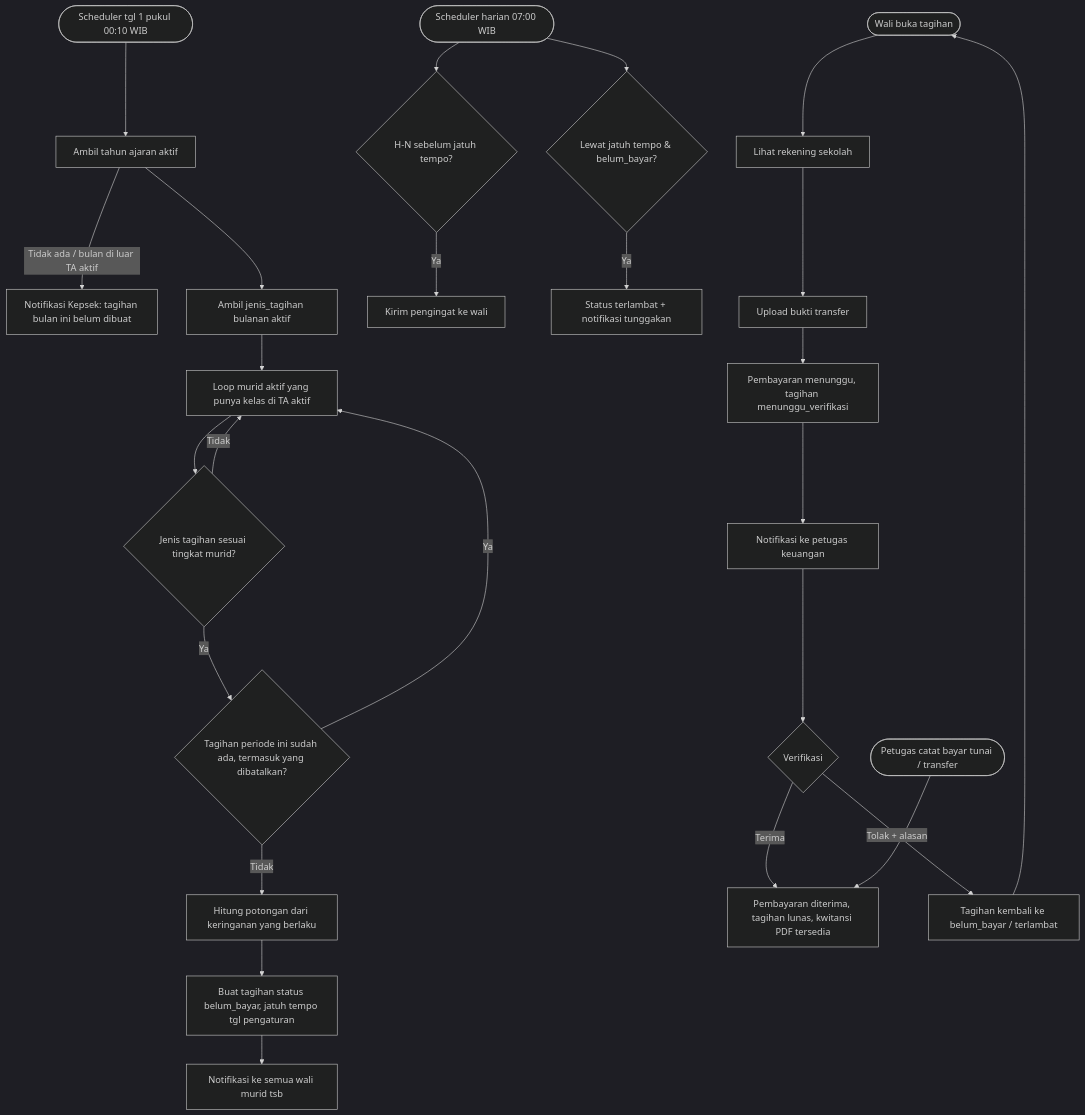
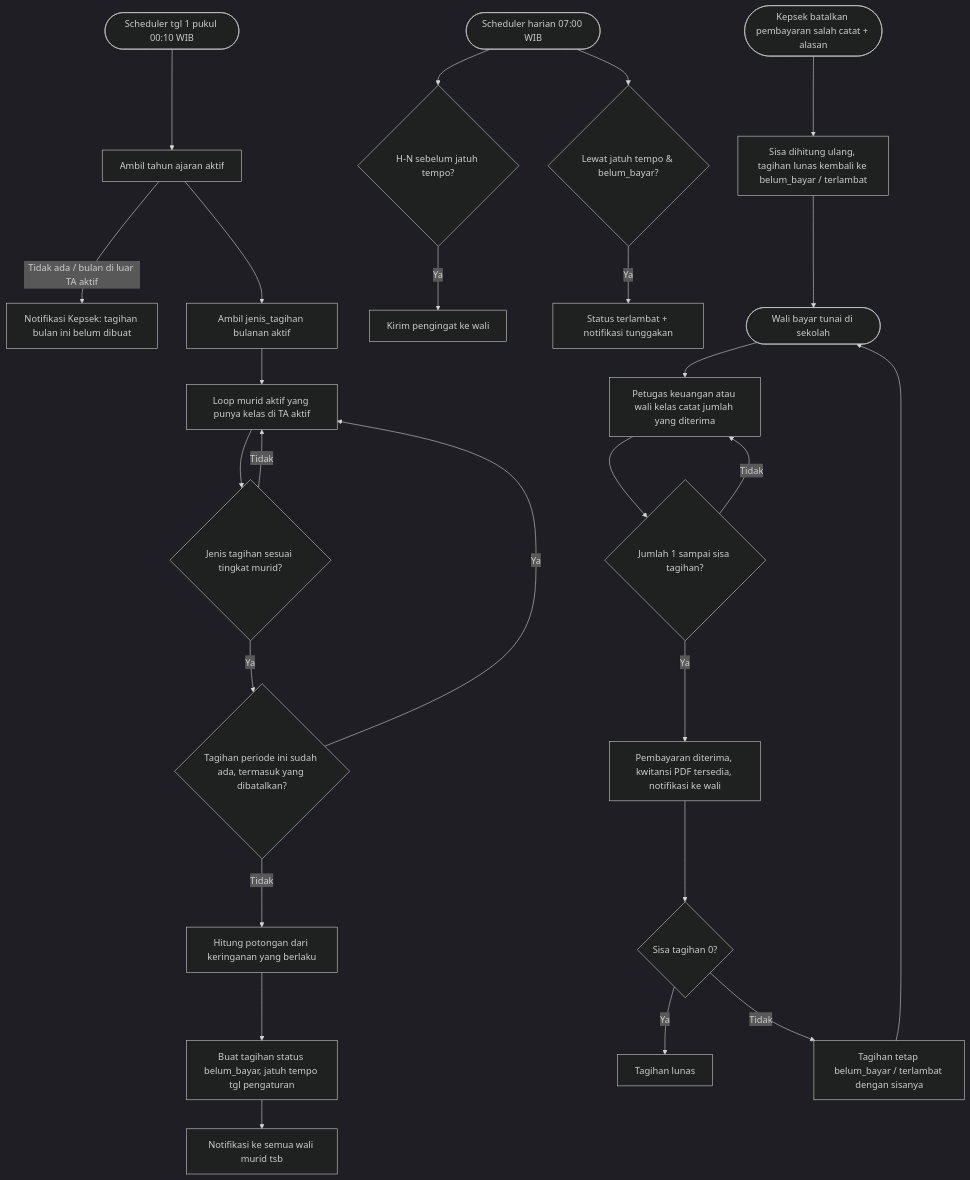
The third of 8 diagrams in PROMPT_BE_TK.md (Keyanffz/TK_TA8_BE), drawn with Mermaid (dark theme) before and after one commit. The commit also changed other lines of this file and 3 other files, not shown here.

````diff
--- a/PROMPT_BE_TK.md
+++ b/PROMPT_BE_TK.md
@@ -361,27 +360,28 @@
 ```mermaid
 flowchart TD
     A([Scheduler tgl 1 pukul 00:10 WIB]) --> B[Ambil tahun ajaran aktif]
     B -->|Tidak ada / bulan di luar TA aktif| B2[Notifikasi Kepsek: tagihan bulan ini belum dibuat]
     B --> C[Ambil jenis_tagihan bulanan aktif]
     C --> D[Loop murid aktif yang punya kelas di TA aktif]
     D --> E{Jenis tagihan sesuai tingkat murid?}
     E -->|Tidak| D
     E -->|Ya| F{Tagihan periode ini sudah ada, termasuk yang dibatalkan?}
     F -->|Ya| D
     F -->|Tidak| G[Hitung potongan dari keringanan yang berlaku]
     G --> H[Buat tagihan status belum_bayar, jatuh tempo tgl pengaturan]
     H --> I[Notifikasi ke semua wali murid tsb]
     J([Scheduler harian 07:00 WIB]) --> K{H-N sebelum jatuh tempo?}
     K -->|Ya| L[Kirim pengingat ke wali]
     J --> M{Lewat jatuh tempo & belum_bayar?}
     M -->|Ya| N[Status terlambat + notifikasi tunggakan]
-    O([Wali buka tagihan]) --> P[Lihat rekening sekolah]
-    P --> Q[Upload bukti transfer]
-    Q --> R[Pembayaran menunggu, tagihan menunggu_verifikasi]
-    R --> S[Notifikasi ke petugas keuangan]
-    S --> T{Verifikasi}
-    T -->|Terima| U[Pembayaran diterima, tagihan lunas, kwitansi PDF tersedia]
-    T -->|Tolak + alasan| V[Tagihan kembali ke belum_bayar / terlambat]
+    O([Wali bayar tunai di sekolah]) --> P[Petugas keuangan atau wali kelas catat jumlah yang diterima]
+    P --> Q{Jumlah 1 sampai sisa tagihan?}
+    Q -->|Tidak| P
+    Q -->|Ya| R[Pembayaran diterima, kwitansi PDF tersedia, notifikasi ke wali]
+    R --> S{Sisa tagihan 0?}
+    S -->|Ya| U[Tagihan lunas]
+    S -->|Tidak| V[Tagihan tetap belum_bayar / terlambat dengan sisanya]
     V --> O
-    W([Petugas catat bayar tunai / transfer]) --> U
+    W([Kepsek batalkan pembayaran salah catat + alasan]) --> X[Sisa dihitung ulang, tagihan lunas kembali ke belum_bayar / terlambat]
+    X --> O
 ```
````
